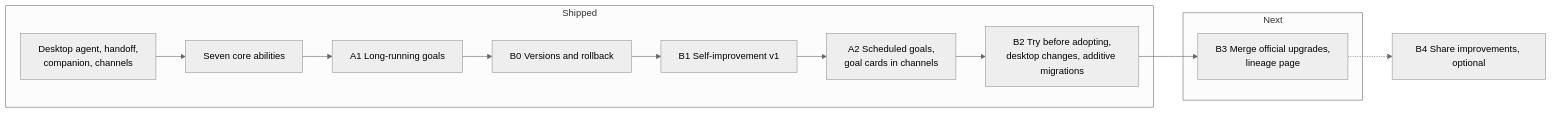
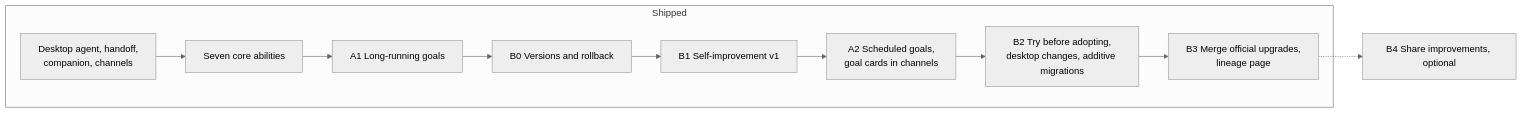
The third of 3 diagrams in README.md (wudilyy999/owndesk), drawn with Mermaid (neutral theme) before and after one commit. The commit also changed other lines of this file and 23 other files, not shown here.

````diff
--- a/README.md
+++ b/README.md
@@ -256,16 +256,13 @@
 ```mermaid
 flowchart LR
     subgraph shipped[Shipped]
         F[Desktop agent, handoff,<br/>companion, channels] --> S7[Seven core abilities]
         S7 --> A1[A1 Long-running goals]
         A1 --> B0[B0 Versions and rollback]
         B0 --> B1[B1 Self-improvement v1]
         B1 --> A2[A2 Scheduled goals,<br/>goal cards in channels]
         A2 --> B2[B2 Try before adopting,<br/>desktop changes, additive migrations]
+        B2 --> B3[B3 Merge official upgrades,<br/>lineage page]
     end
-    subgraph upcoming[Next]
-        B3[B3 Merge official upgrades,<br/>lineage page]
-    end
-    B2 --> B3
     B3 -.-> B4[B4 Share improvements, optional]
 ```
````
